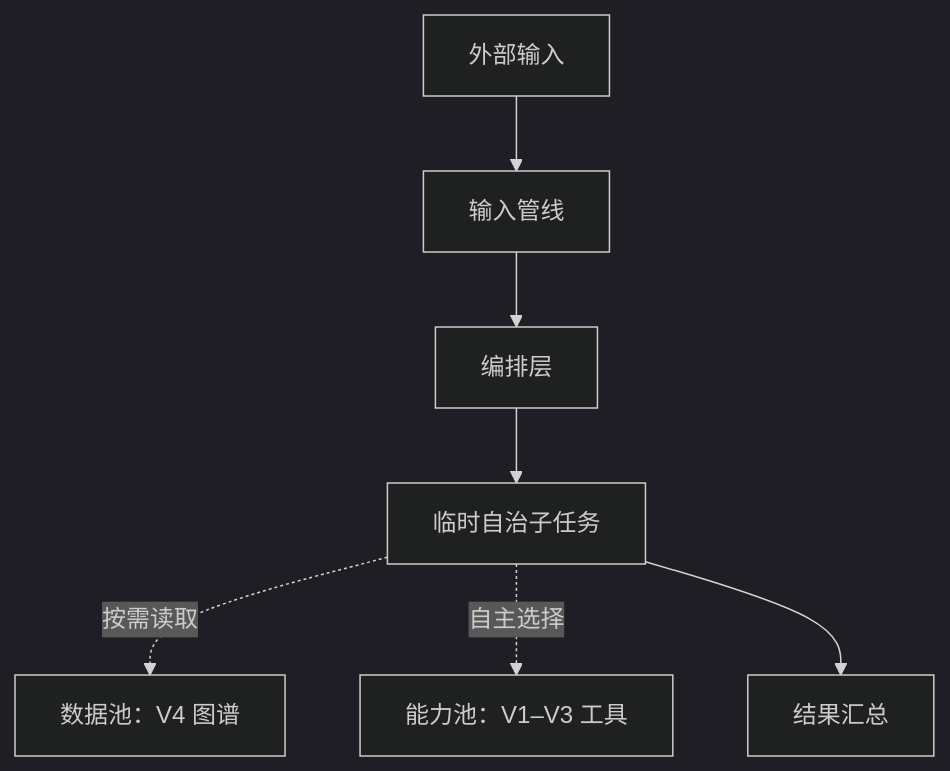
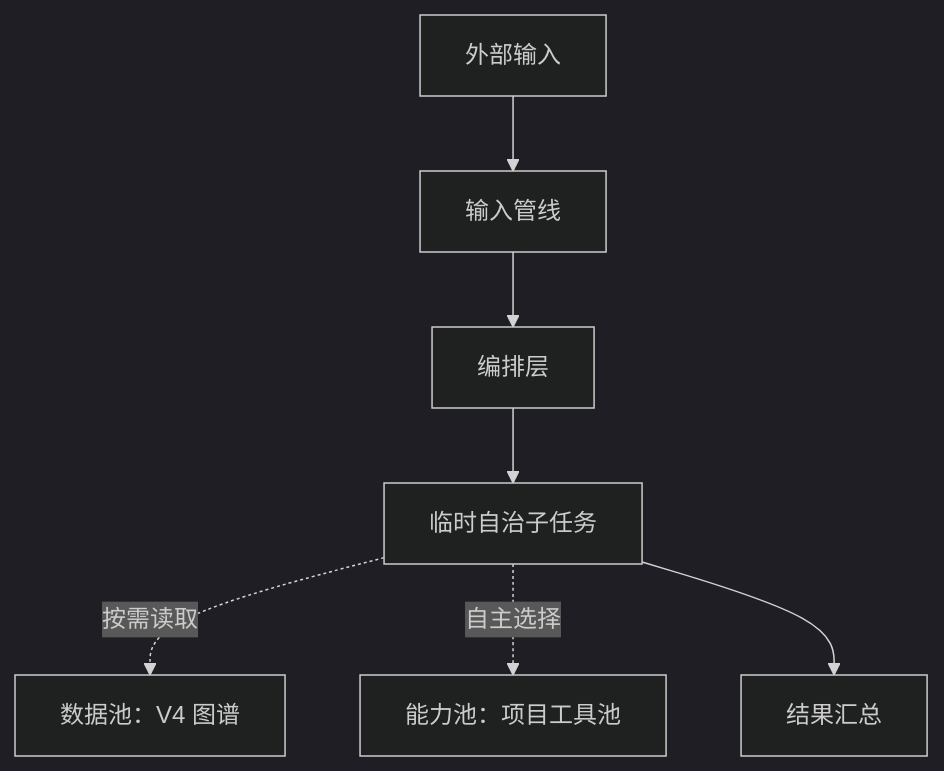
The first of 2 diagrams in .planning/seeds/SEED-001-final-product-architecture.md (qloveyzdd/UE_ITPS), drawn with Mermaid (dark theme) before and after one commit. The commit also changed other lines of this file and 76 other files, not shown here.

````diff
--- a/.planning/seeds/SEED-001-final-product-architecture.md
+++ b/.planning/seeds/SEED-001-final-product-architecture.md
@@ -49,9 +49,9 @@
 ```mermaid
 flowchart TD
     I[外部输入] --> P[输入管线]
     P --> O[编排层]
     O --> T[临时自治子任务]
     T -.按需读取.-> D[数据池：V4 图谱]
-    T -.自主选择.-> C[能力池：V1–V3 工具]
+    T -.自主选择.-> C[能力池：项目工具池]
     T --> R[结果汇总]
 ```
````
